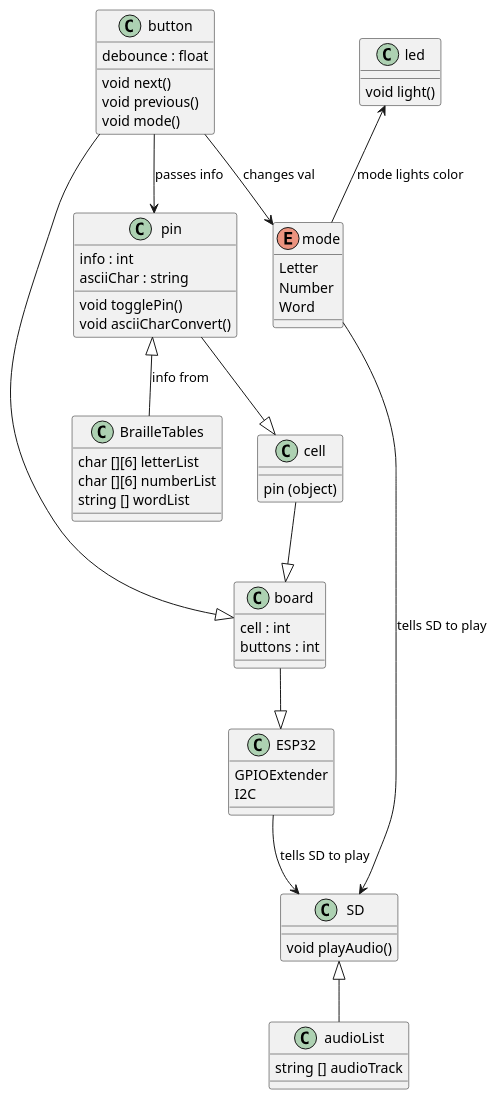
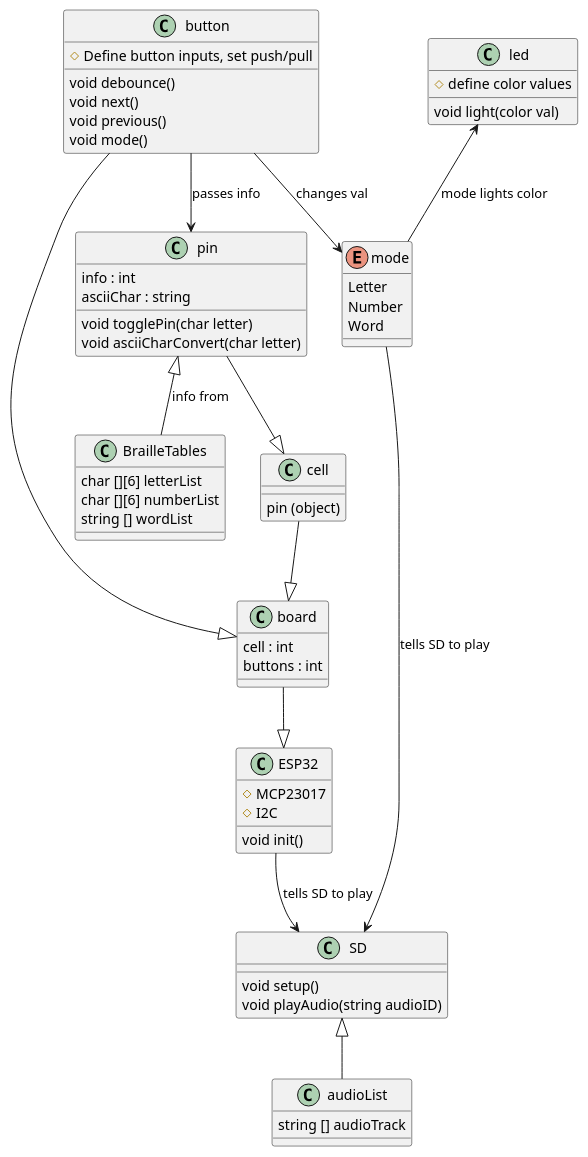
One commit to nathe6/ENGR696-Braille changed the diagram in Braille_Project/main/Braille.puml. Above: the diagram before and after it, drawn with PlantUML. The commit also changed 2 other files, not shown here.

Commit message:
Edited UML

```diff
--- a/Braille_Project/main/Braille.puml
+++ b/Braille_Project/main/Braille.puml
@@ -1,67 +1,71 @@
 @startuml braille
 ' skinparam linetype polyline
 
 together {
     class board {
         cell : int
         buttons : int
     }
 
         cell --|> board
         cell : pin (object)
         button --|> board
         pin --|> cell
 
     class pin {
         info : int
         asciiChar : string
-        void togglePin()
-        void asciiCharConvert()
+        void togglePin(char letter)
+        void asciiCharConvert(char letter)
     }
 
         pin <|-- BrailleTables : info from
         BrailleTables : char [][6] letterList
         BrailleTables : char [][6] numberList
         BrailleTables : string [] wordList
 
     class button {
-        debounce : float 
+        #Define button inputs, set push/pull
+        void debounce() 
         void next() 
         void previous()
         void mode()
     }
 
         button --> pin : passes info
         button --> mode : changes val
 
 }
 
 class ESP32 {
-    GPIOExtender
-    I2C
+    #MCP23017
+    #I2C
+    void init()
 }
 
     board --|> ESP32
 
 class SD {
-    void playAudio()
+    void setup()
+    void playAudio(string audioID)
 }
 
     SD <|-- audioList 
     audioList : string [] audioTrack
     mode -> SD : tells SD to play
     ESP32 --> SD : tells SD to play
 
 class led {
-    void light()
+    #define color values
+    void light(color val)
 }
 
     led <-- mode : mode lights color
 
 enum mode {
     Letter
     Number
     Word
 } 
 
 @enduml
```
